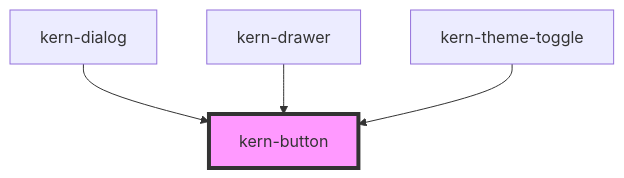
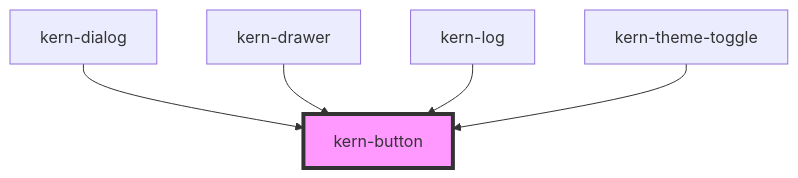
The diagram in src/components/kern-button/readme.md (yfridelance/kern), drawn with Mermaid before and after one commit. The commit also changed other lines of this file and 22 other files, not shown here.

First line of the commit message:
kern-log: strukturierter Log-Viewer mit Live-Modus, Suche und Filtern

````diff
--- a/src/components/kern-button/readme.md
+++ b/src/components/kern-button/readme.md
@@ -166,7 +167,8 @@
 ```mermaid
 graph TD;
   kern-dialog --> kern-button
   kern-drawer --> kern-button
+  kern-log --> kern-button
   kern-theme-toggle --> kern-button
   style kern-button fill:#f9f,stroke:#333,stroke-width:4px
 ```
````
